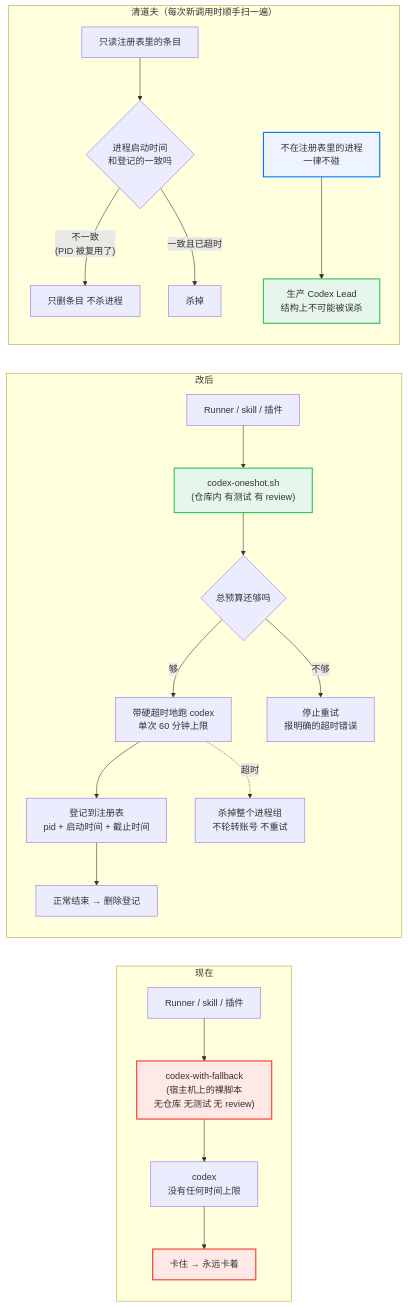
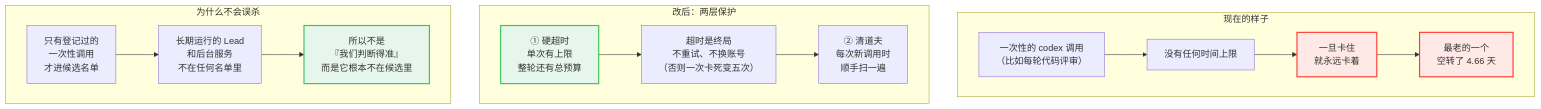
Before and after one commit to xrliAnnie/flywheel-qa-sandbox: the diagram in engineering/doc/FLY-1887-codex-timeout-log-audit/d2-p0.mmd, drawn with Mermaid. The commit also changed 6 other files, not shown here.

First line of the commit message:
docs(FLY-1887): founder design HTML — 3 locally-rendered mermaid SVGs + per-section comment layer

```diff
--- a/engineering/doc/FLY-1887-codex-timeout-log-audit/d2-p0.mmd
+++ b/engineering/doc/FLY-1887-codex-timeout-log-audit/d2-p0.mmd
@@ -1,32 +1,22 @@
-flowchart LR
-    subgraph before["现在"]
-        direction TB
-        S1["Runner / skill / 插件"] --> S2["codex-with-fallback<br/>(宿主机上的裸脚本<br/>无仓库 无测试 无 review)"]
-        S2 --> S3["codex<br/>没有任何时间上限"]
-        S3 --> S4["卡住 → 永远卡着"]
+flowchart TB
+    subgraph now["现在的样子"]
+        direction LR
+        S1["一次性的 codex 调用<br/>（比如每轮代码评审）"] --> S2["没有任何时间上限"]
+        S2 --> S3["一旦卡住<br/>就永远卡着"]
+        S3 --> S4["最老的一个<br/>空转了 4.66 天"]
+    end
+    subgraph fix["改后：两层保护"]
+        direction LR
+        T1["① 硬超时<br/>单次有上限<br/>整轮还有总预算"] --> T2["超时是终局<br/>不重试、不换账号<br/>（否则一次卡死变五次）"]
+        T2 --> T3["② 清道夫<br/>每次新调用时<br/>顺手扫一遍"]
+    end
+    subgraph safe["为什么不会误杀"]
+        direction LR
+        R1["只有登记过的<br/>一次性调用<br/>才进候选名单"] --> R2["长期运行的 Lead<br/>和后台服务<br/>不在任何名单里"]
+        R2 --> R3["所以不是<br/>『我们判断得准』<br/>而是它根本不在候选里"]
     end
 
-    subgraph after["改后"]
-        direction TB
-        T1["Runner / skill / 插件"] --> T2["codex-oneshot.sh<br/>(仓库内 有测试 有 review)"]
-        T2 --> T3{"总预算还够吗"}
-        T3 -->|"够"| T4["带硬超时地跑 codex<br/>单次 60 分钟上限"]
-        T3 -->|"不够"| T5["停止重试<br/>报明确的超时错误"]
-        T4 --> T6["登记到注册表<br/>pid + 启动时间 + 截止时间"]
-        T6 --> T7["正常结束 → 删除登记"]
-        T4 -.->|"超时"| T8["杀掉整个进程组<br/>不轮转账号 不重试"]
-    end
-
-    subgraph reaper["清道夫（每次新调用时顺手扫一遍）"]
-        direction TB
-        R1["只读注册表里的条目"] --> R2{"进程启动时间<br/>和登记的一致吗"}
-        R2 -->|"不一致<br/>(PID 被复用了)"| R3["只删条目 不杀进程"]
-        R2 -->|"一致且已超时"| R4["杀掉"]
-        R5["不在注册表里的进程<br/>一律不碰"] --> R6["生产 Codex Lead<br/>结构上不可能被误杀"]
-    end
-
-    style S2 fill:#ffe9e7,stroke:#ff3b30,stroke-width:2px
+    style S3 fill:#ffe9e7,stroke:#ff3b30,stroke-width:2px
     style S4 fill:#ffe9e7,stroke:#ff3b30,stroke-width:2px
-    style T2 fill:#e7f6ec,stroke:#34c759,stroke-width:2px
-    style R6 fill:#e7f6ec,stroke:#34c759,stroke-width:2px
-    style R5 fill:#eef4ff,stroke:#007aff,stroke-width:2px
+    style T1 fill:#e7f6ec,stroke:#34c759,stroke-width:2px
+    style R3 fill:#e7f6ec,stroke:#34c759,stroke-width:2px
```
